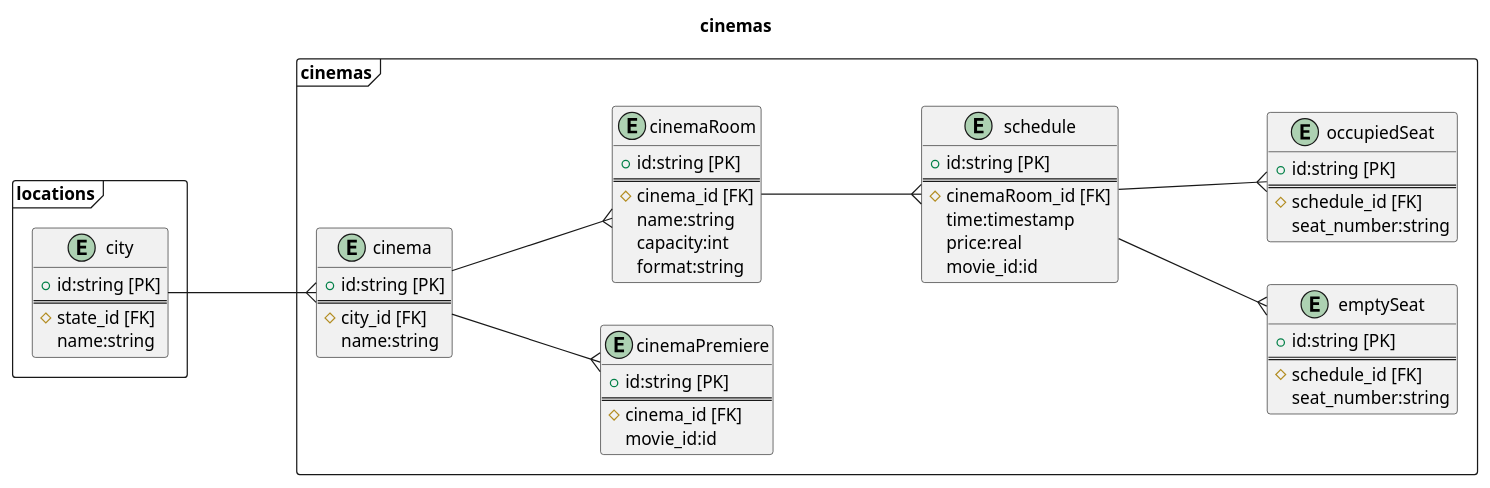
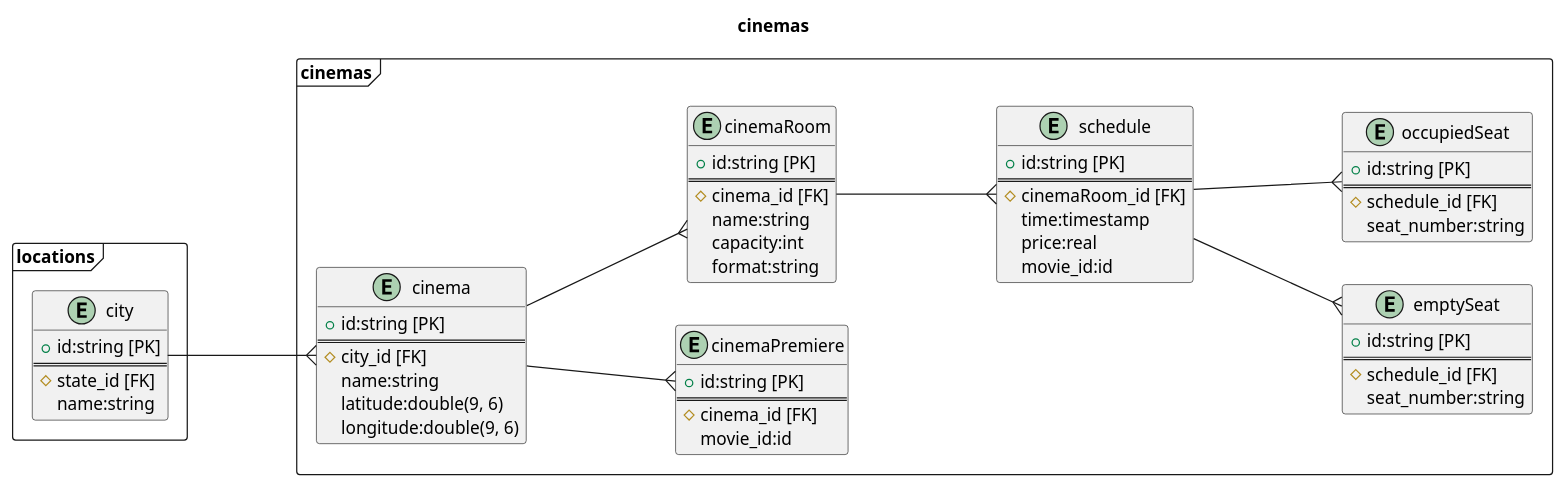
The second of 2 diagrams in cinema-catalog-service/db-spec/dbspec.md (DaisukeHirata/express-typescript-openapi3), drawn with PlantUML before and after one commit. The commit also changed 19 other files, not shown here.

````diff
--- a/cinema-catalog-service/db-spec/dbspec.md
+++ b/cinema-catalog-service/db-spec/dbspec.md
@@ -51,71 +51,73 @@
 ```uml
 @startuml erd
 title cinemas
 left to right direction
 
 frame "locations" {
   entity "city" {
       + id:string [PK]
       ==
       # state_id [FK]
       name:string
   }
 }
 
 frame "cinemas" {
   entity "cinema" {
       + id:string [PK]
       ==
       # city_id [FK]
       name:string
+      latitude:double(9, 6)
+      longitude:double(9, 6)
   }
 
   entity "cinemaPremiere" {
       + id:string [PK]
       ==
       # cinema_id [FK]
       movie_id:id
   }  
 
   entity "cinemaRoom" {
       + id:string [PK]
       ==
       # cinema_id [FK]
       name:string
       capacity:int
       format:string
   }
 
   entity "schedule" {
       + id:string [PK]
       ==
       # cinemaRoom_id [FK]
       time:timestamp
       price:real
       movie_id:id
   }
 
   entity "emptySeat" {
       + id:string [PK]
       ==
       # schedule_id [FK]
       seat_number:string
   }
 
   entity "occupiedSeat" {
       + id:string [PK]
       ==
       # schedule_id [FK]
       seat_number:string
   }  
 }
 
 city ---{ cinema
 cinema ---{ cinemaRoom
 cinema ---{ cinemaPremiere
 cinemaRoom ---{ schedule
 schedule ---{ emptySeat
 schedule ---{ occupiedSeat
 
 @enduml
 ```
````
